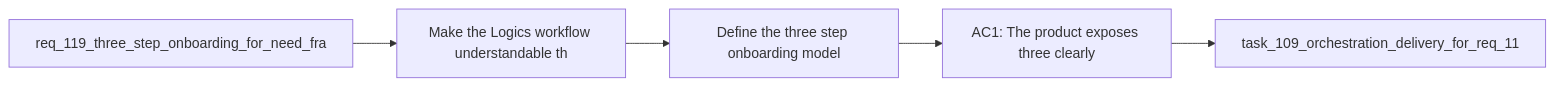
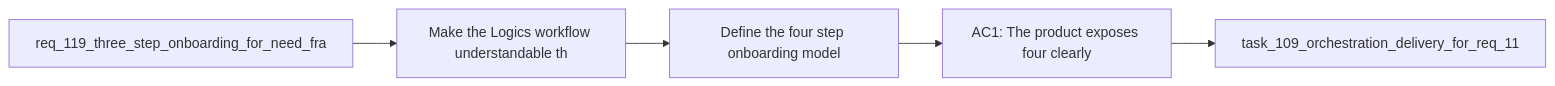
Before and after one commit to AlexAgo83/logics-manager: the diagram in logics/backlog/item_208_define_the_three_step_onboarding_model_and_operator_copy.md, drawn with Mermaid. The commit also changed other lines of this file and 14 other files, not shown here.

````diff
--- a/logics/backlog/item_208_define_the_three_step_onboarding_model_and_operator_copy.md
+++ b/logics/backlog/item_208_define_the_three_step_onboarding_model_and_operator_copy.md
@@ -34,9 +34,9 @@
 ```mermaid
 %% logics-kind: backlog
-%% logics-signature: backlog|define-the-three-step-onboarding-model-a|req-119-three-step-onboarding-for-need-f|make-the-logics-workflow-understandable-|ac1-the-product-exposes-three-clearly
+%% logics-signature: backlog|define-the-three-step-onboarding-model-a|req-119-three-step-onboarding-for-need-f|make-the-logics-workflow-understandable-|ac1-the-product-exposes-four-clearly
 flowchart LR
     Request[req_119_three_step_onboarding_for_need_fra] --> Problem[Make the Logics workflow understandable th]
-    Problem --> Scope[Define the three step onboarding model]
-    Scope --> Acceptance[AC1: The product exposes three clearly]
+    Problem --> Scope[Define the four step onboarding model]
+    Scope --> Acceptance[AC1: The product exposes four clearly]
     Acceptance --> Tasks[task_109_orchestration_delivery_for_req_11]
 ```
````
